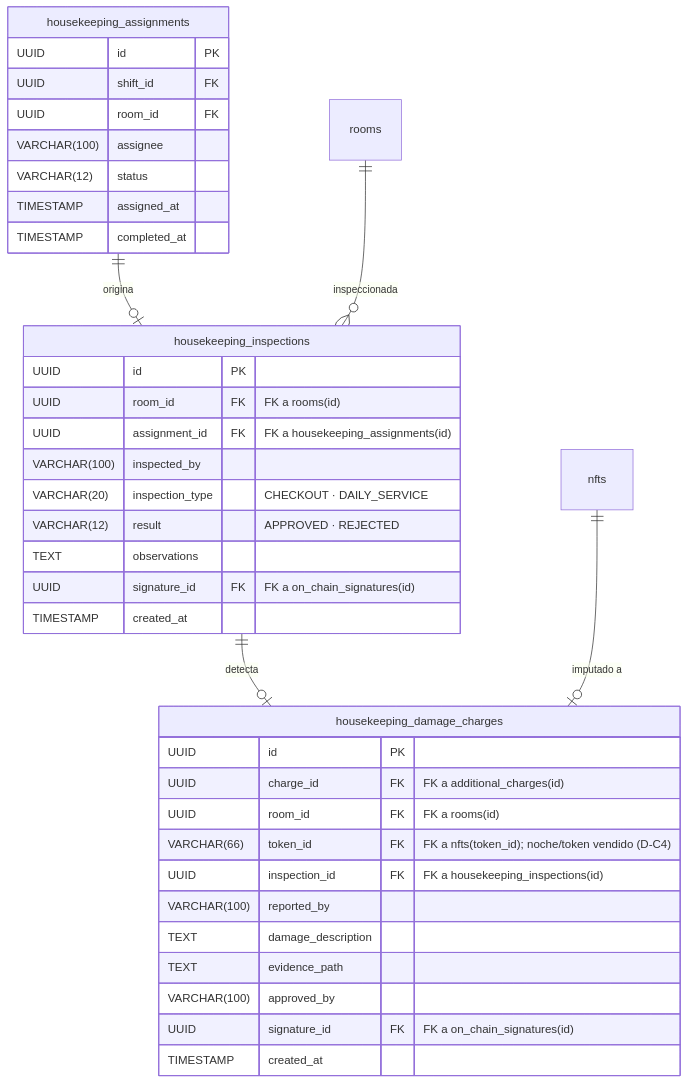
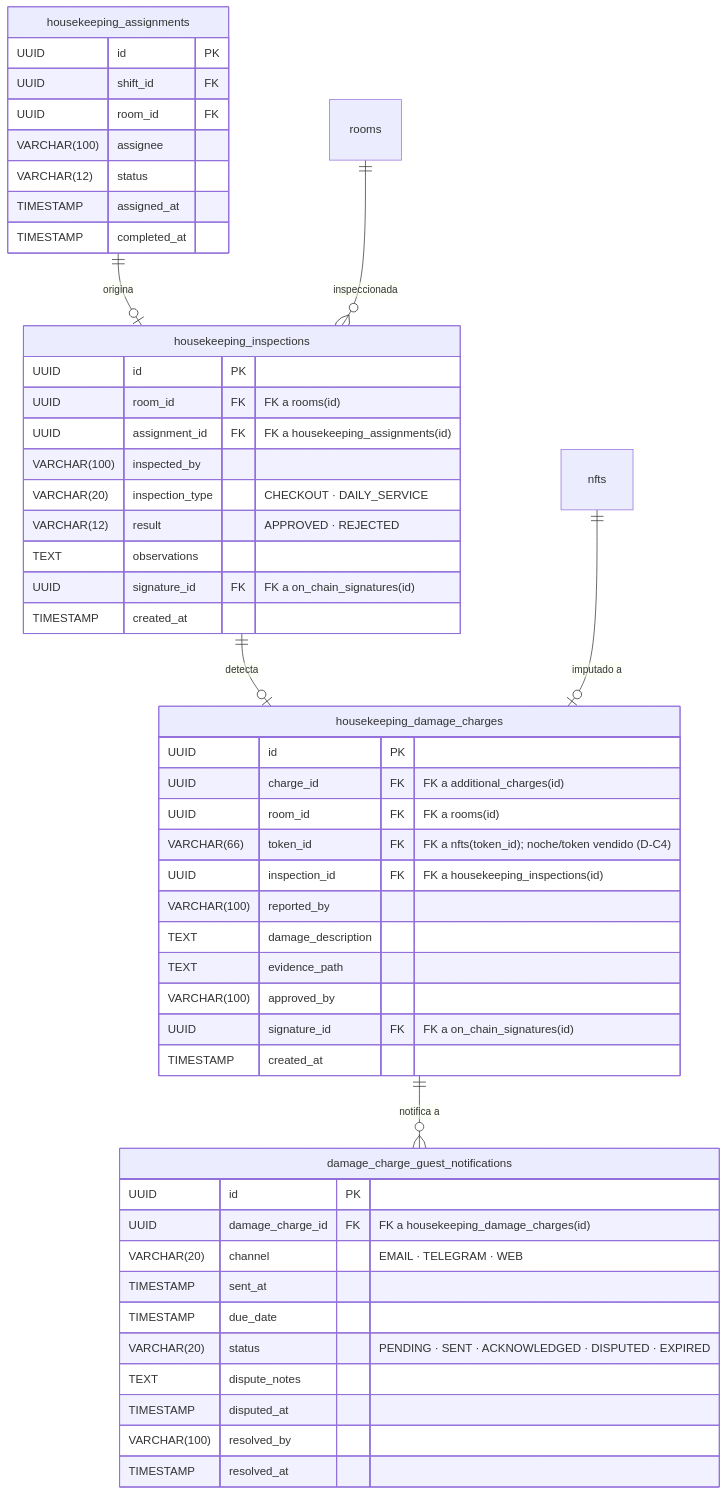
One commit to anlucorporations/hotel-room-mcp-trazable changed the fifth of 5 diagrams in RepoTecnico/propuesta_vNext/diagrama_er.md. Above: the diagram before and after it, drawn with Mermaid. The commit also changed other lines of this file and 5 other files, not shown here.

````diff
--- a/RepoTecnico/propuesta_vNext/diagrama_er.md
+++ b/RepoTecnico/propuesta_vNext/diagrama_er.md
@@ -217,43 +245,57 @@
 ```mermaid
 erDiagram
     housekeeping_assignments {
         UUID id PK
         UUID shift_id FK
         UUID room_id FK
         VARCHAR(100) assignee
         VARCHAR(12) status
         TIMESTAMP assigned_at
         TIMESTAMP completed_at
     }
 
     housekeeping_inspections {
         UUID id PK
         UUID room_id FK "FK a rooms(id)"
         UUID assignment_id FK "FK a housekeeping_assignments(id)"
         VARCHAR(100) inspected_by
         VARCHAR(20) inspection_type "CHECKOUT · DAILY_SERVICE"
         VARCHAR(12) result "APPROVED · REJECTED"
         TEXT observations
         UUID signature_id FK "FK a on_chain_signatures(id)"
         TIMESTAMP created_at
     }
 
     housekeeping_damage_charges {
         UUID id PK
         UUID charge_id FK "FK a additional_charges(id)"
         UUID room_id FK "FK a rooms(id)"
         VARCHAR(66) token_id FK "FK a nfts(token_id); noche/token vendido (D-C4)"
         UUID inspection_id FK "FK a housekeeping_inspections(id)"
         VARCHAR(100) reported_by
         TEXT damage_description
         TEXT evidence_path
         VARCHAR(100) approved_by
         UUID signature_id FK "FK a on_chain_signatures(id)"
         TIMESTAMP created_at
     }
 
+    damage_charge_guest_notifications {
+        UUID id PK
+        UUID damage_charge_id FK "FK a housekeeping_damage_charges(id)"
+        VARCHAR(20) channel "EMAIL · TELEGRAM · WEB"
+        TIMESTAMP sent_at
+        TIMESTAMP due_date
+        VARCHAR(20) status "PENDING · SENT · ACKNOWLEDGED · DISPUTED · EXPIRED"
+        TEXT dispute_notes
+        TIMESTAMP disputed_at
+        VARCHAR(100) resolved_by
+        TIMESTAMP resolved_at
+    }
+
     housekeeping_assignments ||--o| housekeeping_inspections : "origina"
     rooms ||--o{ housekeeping_inspections : "inspeccionada"
+    housekeeping_damage_charges ||--o{ damage_charge_guest_notifications : "notifica a"
     housekeeping_inspections ||--o| housekeeping_damage_charges : "detecta"
     nfts ||--o| housekeeping_damage_charges : "imputado a"
 ```
````
